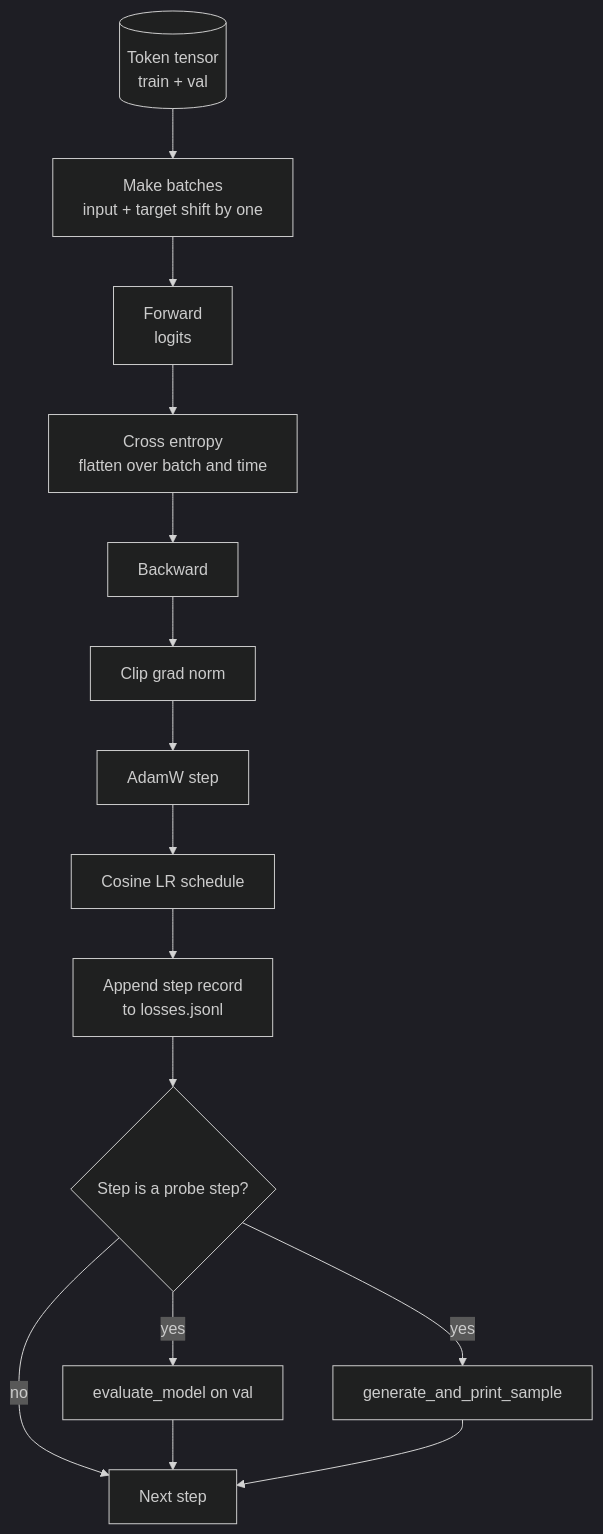
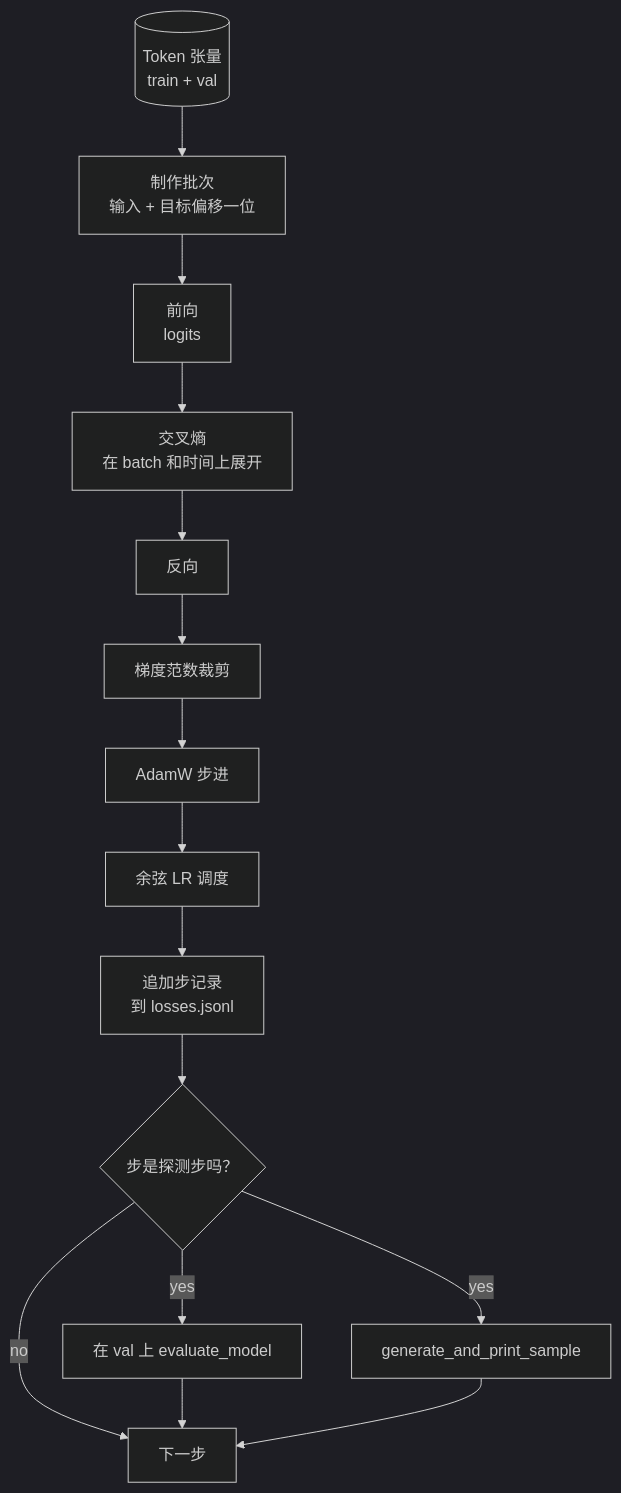
One commit to guangningsun/ailearning changed the diagram in lessons/19-capstone-projects/36-training-loop-eval/docs/zh.md. Above: the diagram before and after it, drawn with Mermaid (dark theme). The commit also changed other lines of this file and 85 other files, not shown here.

````diff
--- a/lessons/19-capstone-projects/36-training-loop-eval/docs/zh.md
+++ b/lessons/19-capstone-projects/36-training-loop-eval/docs/zh.md
@@ -27,17 +27,17 @@
 ```mermaid
 flowchart TB
-  D[(Token tensor<br/>train + val)] --> B[Make batches<br/>input + target shift by one]
-  B --> F[Forward<br/>logits]
-  F --> L[Cross entropy<br/>flatten over batch and time]
-  L --> Bw[Backward]
-  Bw --> Cg[Clip grad norm]
-  Cg --> Step[AdamW step]
-  Step --> Sched[Cosine LR schedule]
-  Sched --> JL[Append step record<br/>to losses.jsonl]
-  JL --> Probe{Step is a probe step?}
-  Probe -- yes --> Eval[evaluate_model on val]
+  D[(Token 张量<br/>train + val)] --> B[制作批次<br/>输入 + 目标偏移一位]
+  B --> F[前向<br/>logits]
+  F --> L[交叉熵<br/>在 batch 和时间上展开]
+  L --> Bw[反向]
+  Bw --> Cg[梯度范数裁剪]
+  Cg --> Step[AdamW 步进]
+  Step --> Sched[余弦 LR 调度]
+  Sched --> JL[追加步记录<br/>到 losses.jsonl]
+  JL --> Probe{步是探测步吗？}
+  Probe -- yes --> Eval[在 val 上 evaluate_model]
   Probe -- yes --> Sample[generate_and_print_sample]
-  Probe -- no --> Next[Next step]
+  Probe -- no --> Next[下一步]
   Eval --> Next
   Sample --> Next
 ```
````
